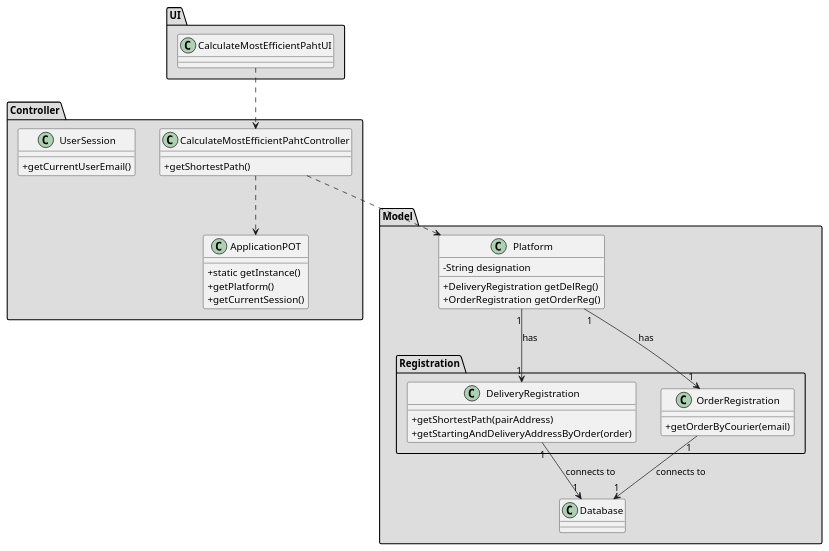
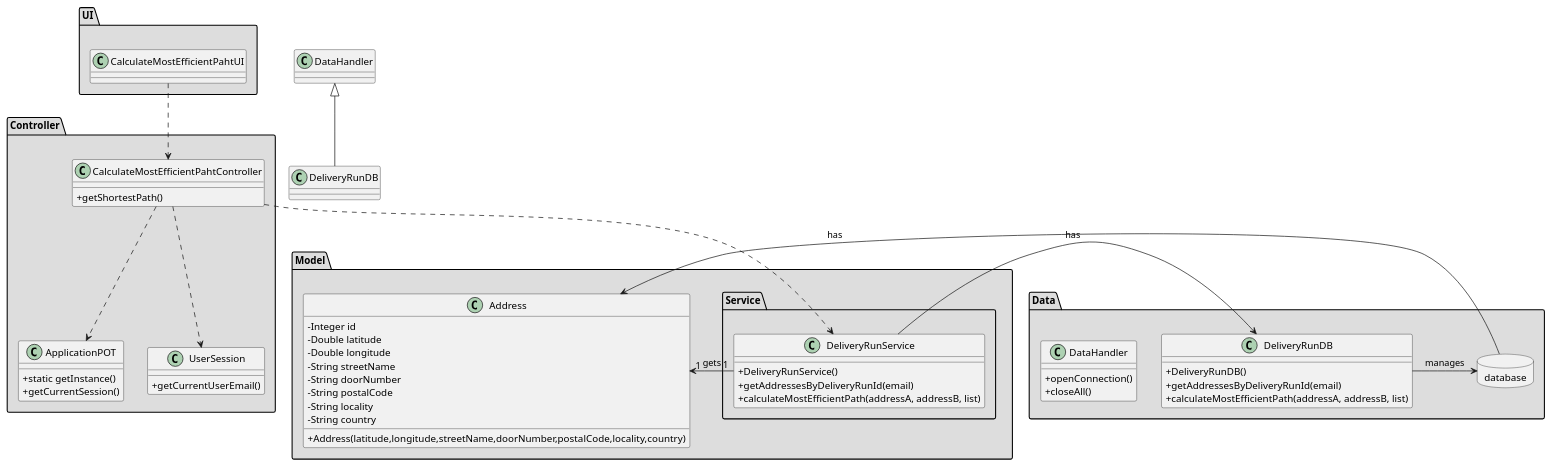
The diagram in docs/Iteration 2/Delivery Management/Refinement/US23_CalculateMostEfficientPath/US23_CD.puml (tiagoavcosta25/LAPR3), drawn with PlantUML before and after one commit. The commit also changed 18 other files, not shown here.

Commit message:
LAPR2AP2-48 #refining design and fix all diagrams [Design] LAPR2AP2-121 #refining design and fix all diagrams [Design] LAPR2AP2-127 #refining design and fix all diagrams [Design]

```diff
--- a/docs/Iteration 2/Delivery Management/Refinement/US23_CalculateMostEfficientPath/US23_CD.puml
+++ b/docs/Iteration 2/Delivery Management/Refinement/US23_CalculateMostEfficientPath/US23_CD.puml
@@ -1,51 +1,71 @@
 @startuml
 skinparam classAttributeIconSize 0
 
 
 package "UI" #DDDDDD {
 class CalculateMostEfficientPahtUI{
 
 }
 }
 package "Controller" #DDDDDD {
 class CalculateMostEfficientPahtController{
 +getShortestPath()
 }
 class ApplicationPOT
 {
   +static getInstance()
-  +getPlatform()
     +getCurrentSession()
 }
 class UserSession
 {
   +getCurrentUserEmail()
 }
 }
 package "Model" #DDDDDD {
-class Platform {
-  -String designation
-  +DeliveryRegistration getDelReg()
-  +OrderRegistration getOrderReg()
+
+class Address{
+-Integer id
+-Double latitude
+-Double longitude
+-String streetName
+-String doorNumber
+-String postalCode
+-String locality
+-String country
++Address(latitude,longitude,streetName,doorNumber,postalCode,locality,country)
 }
-package "Registration" #DDDDDD {
-class DeliveryRegistration{
-+getShortestPath(pairAddress)
-+getStartingAndDeliveryAddressByOrder(order)
+package Service #DDDDDD {
+
+class DeliveryRunService{
++DeliveryRunService()
++getAddressesByDeliveryRunId(email)
++calculateMostEfficientPath(addressA, addressB, list)
 }
-class OrderRegistration{
-+getOrderByCourier(email)
+
 }
 }
-class Database{
-}
+package "Data" #DDDDDD {
+class DataHandler{
++openConnection()
++closeAll()
 }
 
+ class DeliveryRunDB{
+ +DeliveryRunDB()
+ +getAddressesByDeliveryRunId(email)
+ +calculateMostEfficientPath(addressA, addressB, list)
+ }
+ database database{
+ }
+ }
+CalculateMostEfficientPahtController ..> UserSession
 CalculateMostEfficientPahtUI ..> CalculateMostEfficientPahtController
-CalculateMostEfficientPahtController ..> Platform
 CalculateMostEfficientPahtController ..> ApplicationPOT
-Platform "1" --> "1" DeliveryRegistration : has
-Platform "1" --> "1" OrderRegistration : has
-OrderRegistration "1" --> "1" Database : connects to
-DeliveryRegistration "1" --> "1" Database : connects to
+CalculateMostEfficientPahtController ..> DeliveryRunService
+DeliveryRunService  ->  DeliveryRunDB : has
+DeliveryRunService "1" -> "1" Address : gets
+DeliveryRunDB -> database : manages
+database ->Address : has
+class DeliveryRunDB extends DataHandler
+
 @enduml
```
